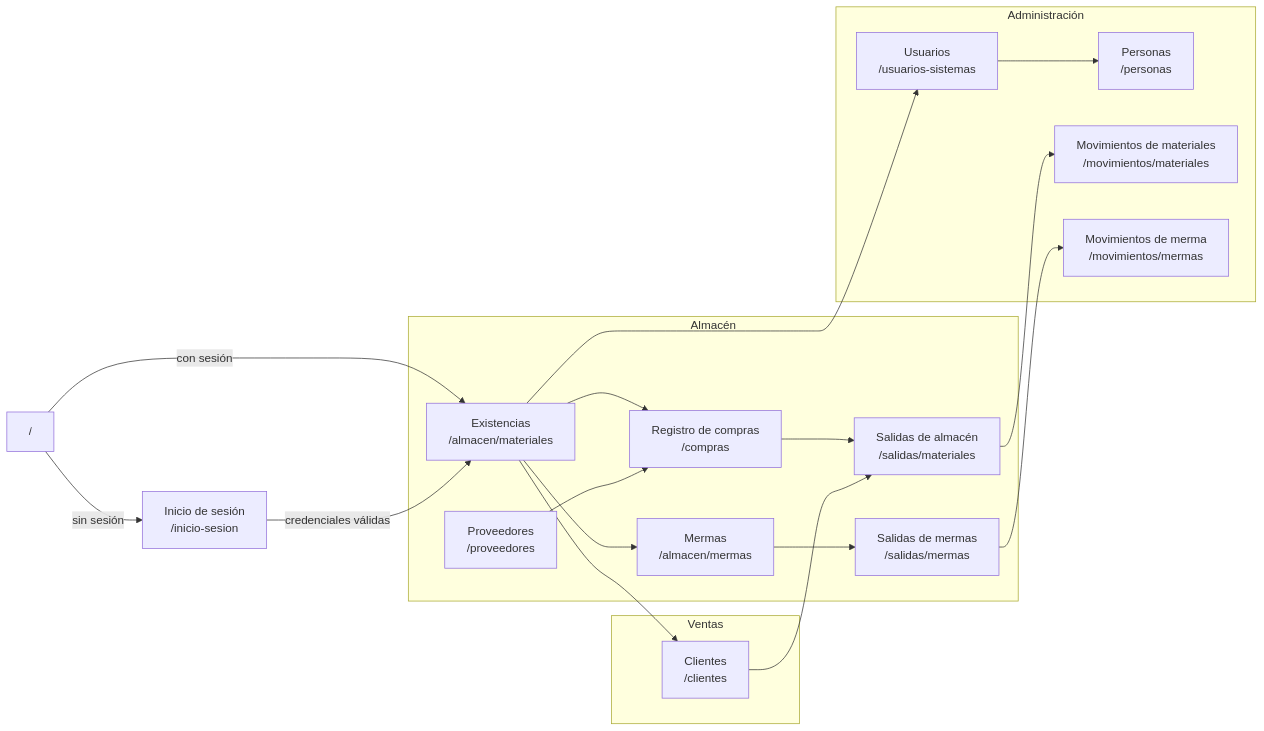
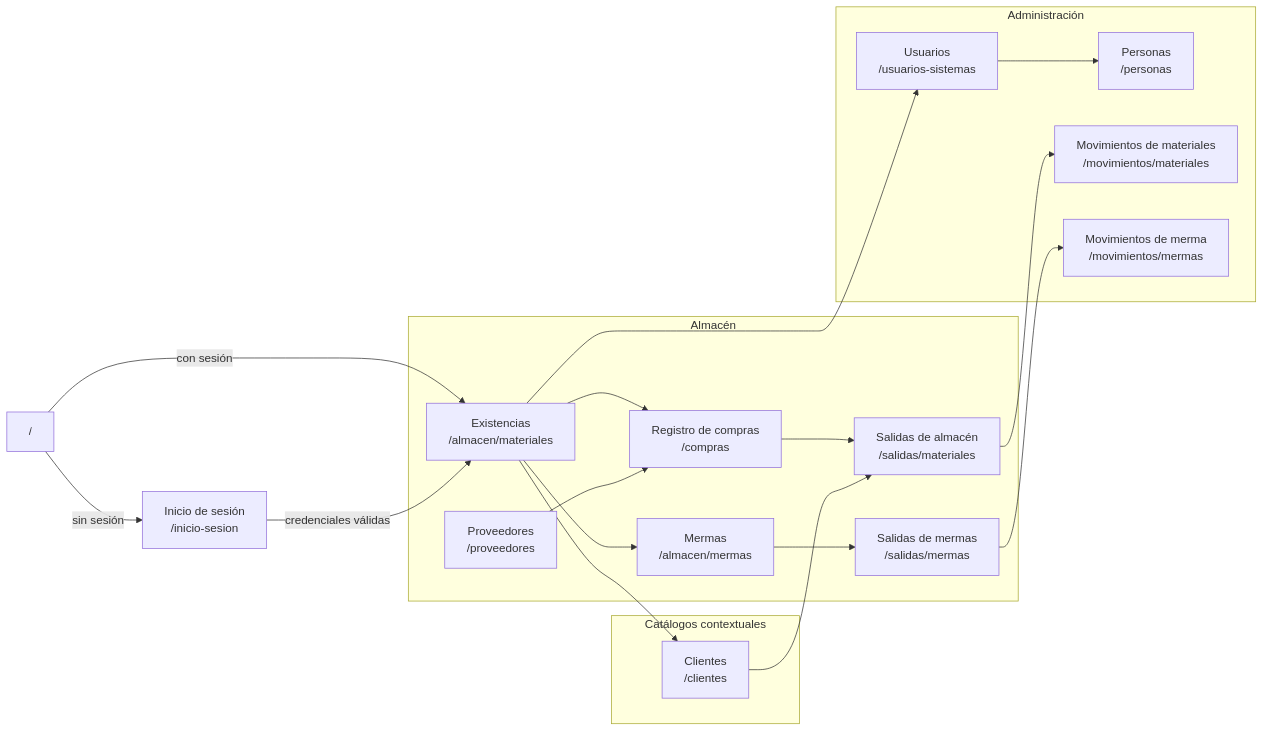
One commit to gpgsistemas01/nexus changed the fifth of 6 diagrams in docs/architecture-and-web-views.md. Above: the diagram before and after it, drawn with Mermaid. The commit also changed other lines of this file and 12 other files, not shown here.

Commit message:
docs: corrige modelos UML y acceso por contexto

````diff
--- a/docs/architecture-and-web-views.md
+++ b/docs/architecture-and-web-views.md
@@ -140,38 +188,38 @@
 ```mermaid
 flowchart LR
     root["/ "] -->|"sin sesión"| login["Inicio de sesión<br/>/inicio-sesion"]
     root -->|"con sesión"| materials["Existencias<br/>/almacen/materiales"]
     login -->|"credenciales válidas"| materials
 
     subgraph warehouse["Almacén"]
         materials
         wastes["Mermas<br/>/almacen/mermas"]
         purchases["Registro de compras<br/>/compras"]
         goodsIssues["Salidas de almacén<br/>/salidas/materiales"]
         wasteIssues["Salidas de mermas<br/>/salidas/mermas"]
         suppliers["Proveedores<br/>/proveedores"]
     end
 
-    subgraph sales["Ventas"]
+    subgraph contextual["Catálogos contextuales"]
         clients["Clientes<br/>/clientes"]
     end
 
     subgraph admin["Administración"]
         users["Usuarios<br/>/usuarios-sistemas"]
         persons["Personas<br/>/personas"]
         materialMovements["Movimientos de materiales<br/>/movimientos/materiales"]
         wasteMovements["Movimientos de merma<br/>/movimientos/mermas"]
     end
 
     materials --> wastes
     materials --> purchases
     purchases --> goodsIssues
     goodsIssues --> materialMovements
     wastes --> wasteIssues
     wasteIssues --> wasteMovements
     suppliers --> purchases
     clients --> goodsIssues
     materials --> clients
     materials --> users
     users --> persons
 ```
````
